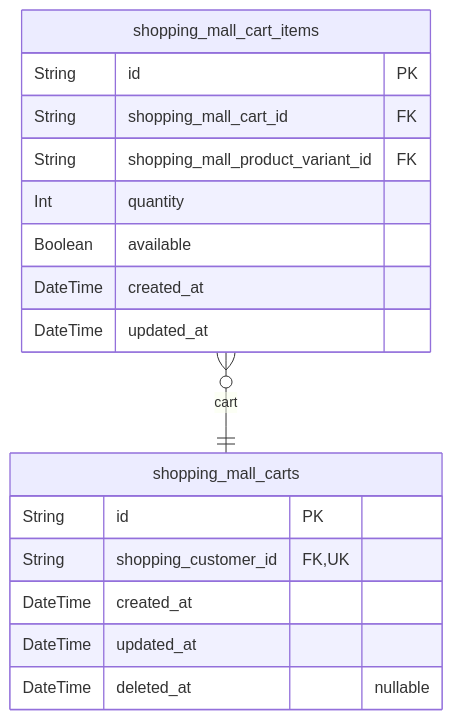
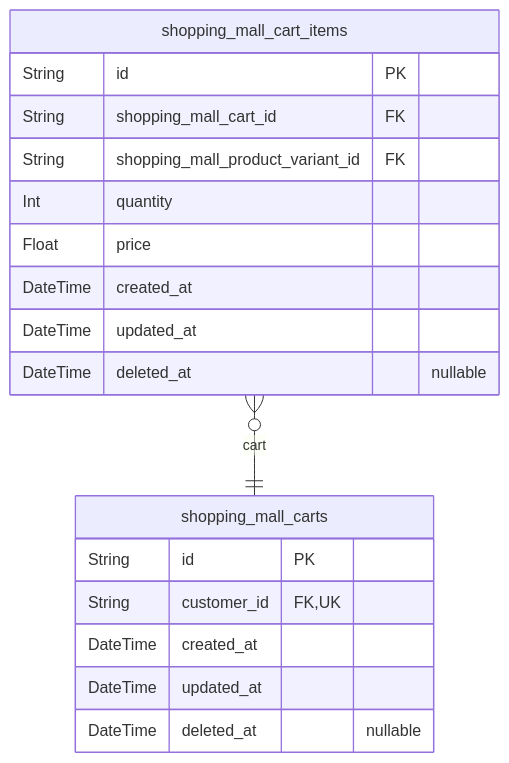
The eighth of 14 diagrams in qwen/qwen3.5-397b-a17b/shopping/docs/ERD.md (wrtnlabs/autobe-examples), drawn with Mermaid before and after one commit. The commit also changed other lines of this file and 9017 other files, not shown here.

````diff
--- a/qwen/qwen3.5-397b-a17b/shopping/docs/ERD.md
+++ b/qwen/qwen3.5-397b-a17b/shopping/docs/ERD.md
@@ -943,20 +1099,21 @@
 ```mermaid
 erDiagram
 "shopping_mall_carts" {
   String id PK
-  String shopping_customer_id FK,UK
+  String customer_id FK,UK
   DateTime created_at
   DateTime updated_at
   DateTime deleted_at "nullable"
 }
 "shopping_mall_cart_items" {
   String id PK
   String shopping_mall_cart_id FK
   String shopping_mall_product_variant_id FK
   Int quantity
-  Boolean available
+  Float price
   DateTime created_at
   DateTime updated_at
+  DateTime deleted_at "nullable"
 }
 "shopping_mall_cart_items" }o--|| "shopping_mall_carts" : cart
 ```
````
